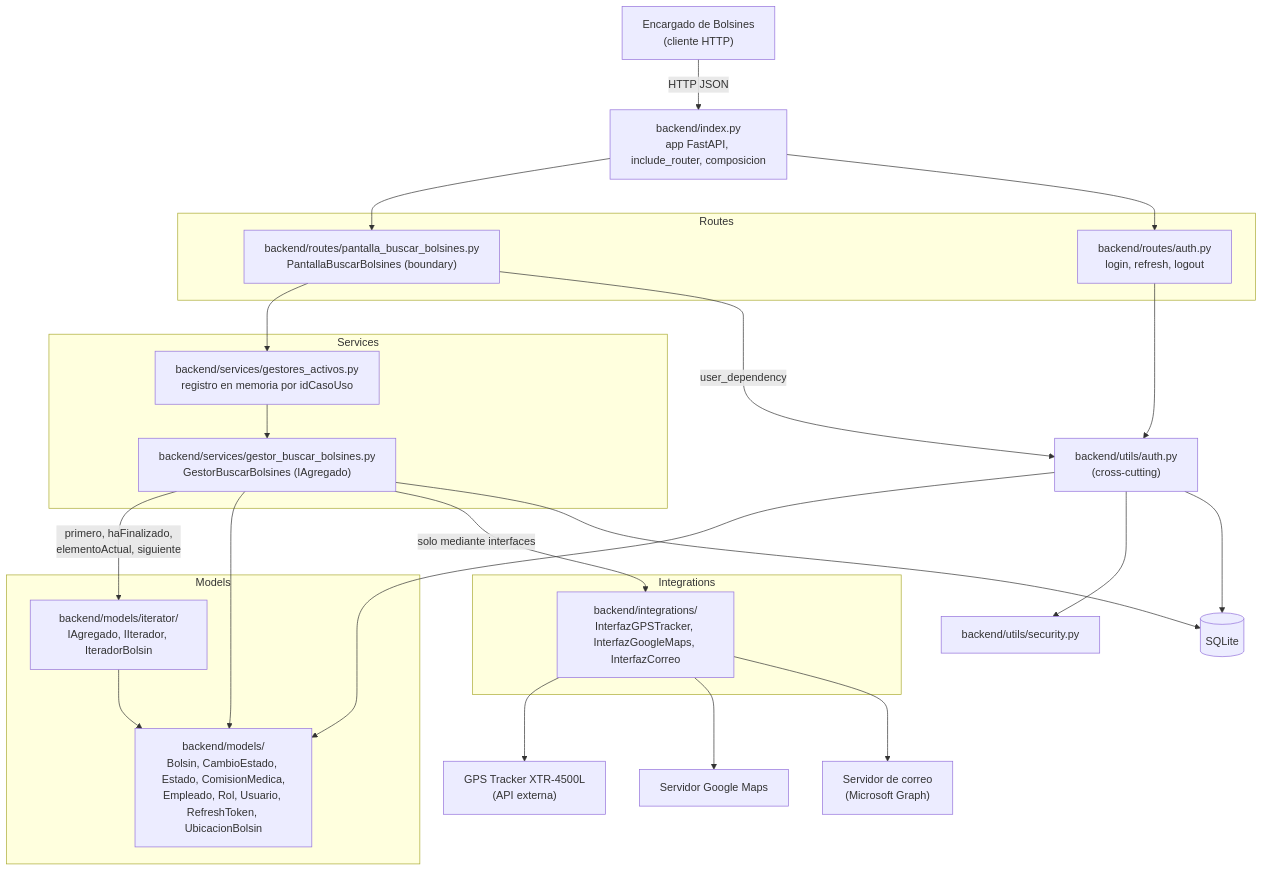
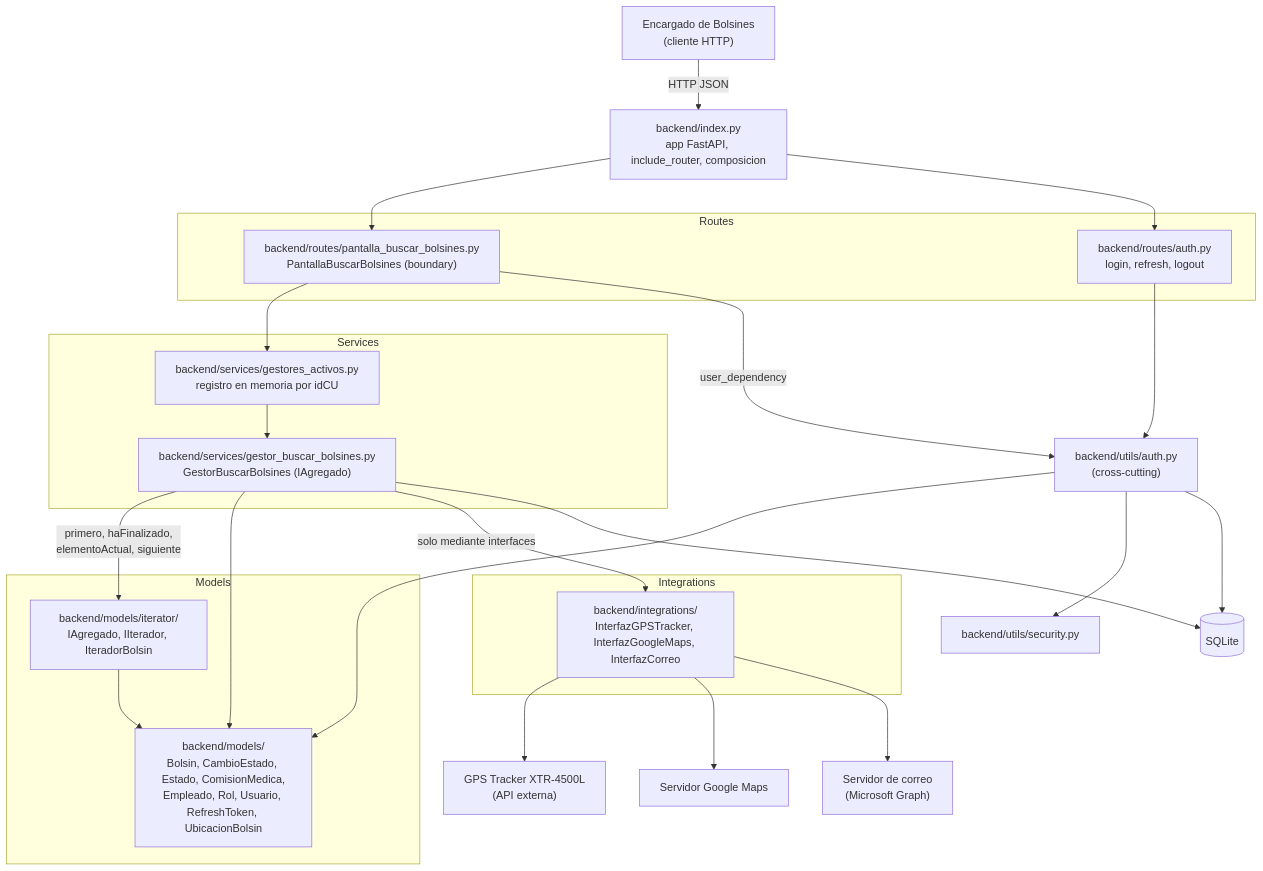
One commit to JoaquinMorais/DSI-TPI-Bolsines changed the diagram in docs/01-arquitectura.md. Above: the diagram before and after it, drawn with Mermaid. The commit also changed other lines of this file and 6 other files, not shown here.

````diff
--- a/docs/01-arquitectura.md
+++ b/docs/01-arquitectura.md
@@ -7,43 +7,43 @@
 ```mermaid
 flowchart TD
   EB["Encargado de Bolsines<br/>(cliente HTTP)"] -->|HTTP JSON| IDX
 
   IDX["backend/index.py<br/>app FastAPI, include_router, composicion"]
 
   subgraph Routes
     R["backend/routes/pantalla_buscar_bolsines.py<br/>PantallaBuscarBolsines (boundary)"]
     RA["backend/routes/auth.py<br/>login, refresh, logout"]
   end
 
   subgraph Services
-    GA["backend/services/gestores_activos.py<br/>registro en memoria por idCasoUso"]
+    GA["backend/services/gestores_activos.py<br/>registro en memoria por idCU"]
     S["backend/services/gestor_buscar_bolsines.py<br/>GestorBuscarBolsines (IAgregado)"]
   end
 
   subgraph Models
     IT["backend/models/iterator/<br/>IAgregado, IIterador, IteradorBolsin"]
     E["backend/models/<br/>Bolsin, CambioEstado, Estado, ComisionMedica,<br/>Empleado, Rol, Usuario, RefreshToken, UbicacionBolsin"]
   end
 
   subgraph Integrations
     I["backend/integrations/<br/>InterfazGPSTracker, InterfazGoogleMaps, InterfazCorreo"]
   end
 
   IDX --> R
   IDX --> RA
   R --> GA
   GA --> S
   S -->|primero, haFinalizado,<br/>elementoActual, siguiente| IT
   IT --> E
   S --> E
   S -->|solo mediante interfaces| I
   I --> GPS["GPS Tracker XTR-4500L<br/>(API externa)"]
   I --> GM["Servidor Google Maps"]
   I --> MAIL["Servidor de correo<br/>(Microsoft Graph)"]
   R -->|user_dependency| AUTH["backend/utils/auth.py<br/>(cross-cutting)"]
   RA --> AUTH
   AUTH --> E
   AUTH --> SEC["backend/utils/security.py"]
   S --> DB[("SQLite")]
   AUTH --> DB
 ```
````
